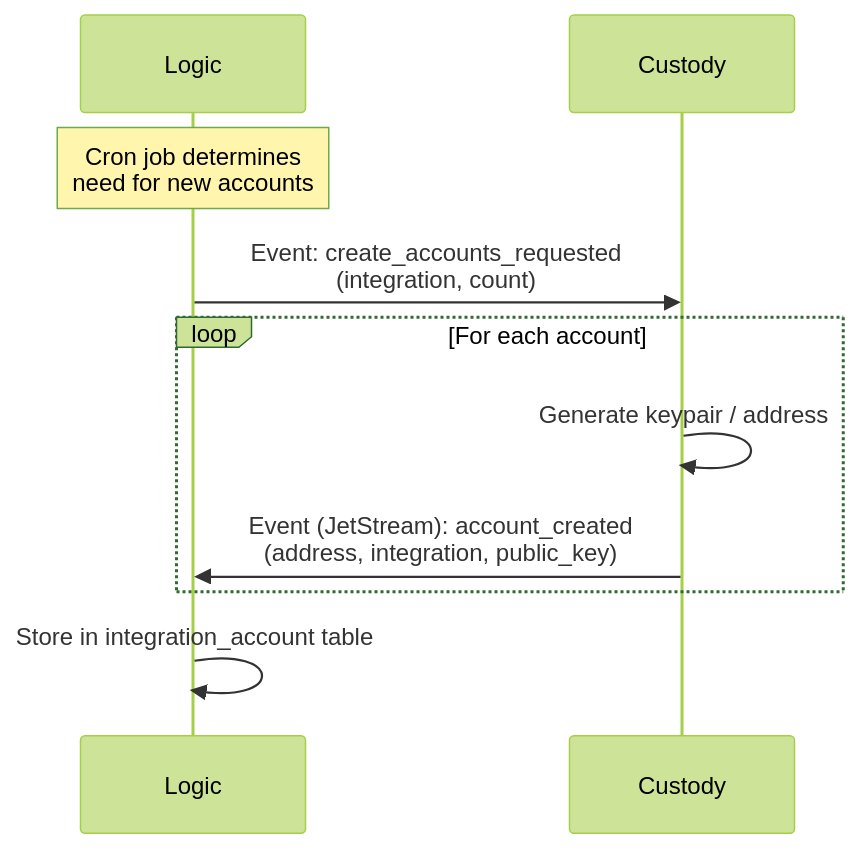
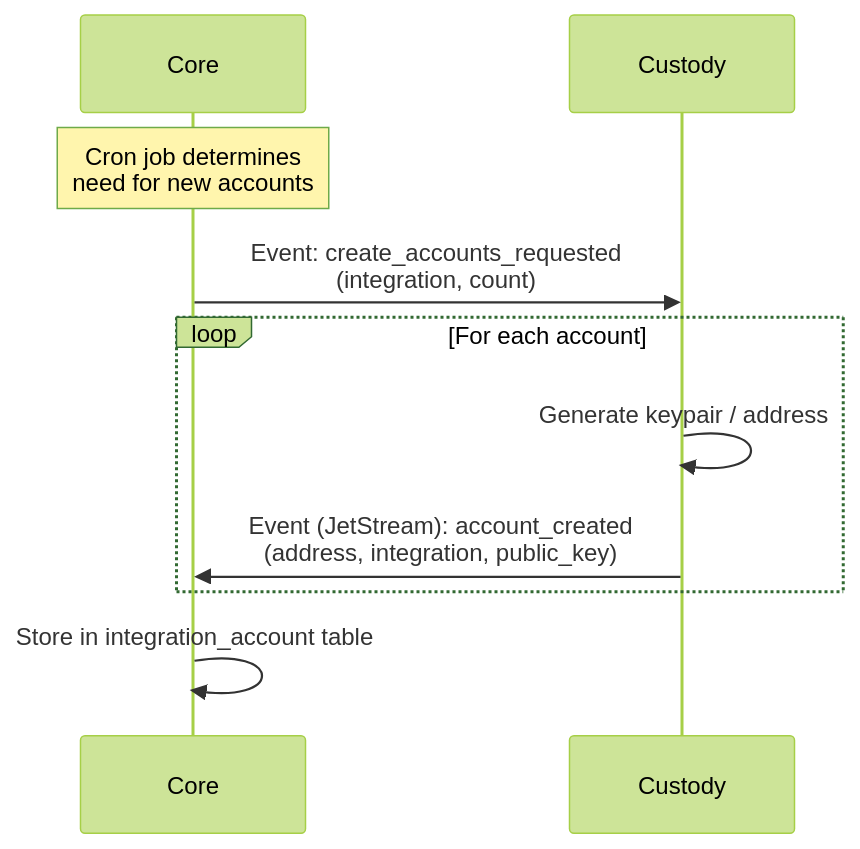
Before and after one commit to AndreyShashlovDev/multi-rail-payments-processor: the first of 5 diagrams in README.md, drawn with Mermaid (forest theme). The commit also changed other lines of this file and 245 other files, not shown here.

Commit message:
refactor: rename Logic service to Core

````diff
--- a/README.md
+++ b/README.md
@@ -146,15 +146,15 @@
 ```mermaid
 sequenceDiagram
-    participant Logic
+    participant Core
     participant Custody
 
-    Note over Logic: Cron job determines<br/>need for new accounts
-    Logic->>Custody: Event: create_accounts_requested<br/>(integration, count)
+    Note over Core: Cron job determines<br/>need for new accounts
+    Core->>Custody: Event: create_accounts_requested<br/>(integration, count)
 
     loop For each account
         Custody->>Custody: Generate keypair / address
-        Custody->>Logic: Event (JetStream): account_created<br/>(address, integration, public_key)
+        Custody->>Core: Event (JetStream): account_created<br/>(address, integration, public_key)
     end
 
-    Logic->>Logic: Store in integration_account table
+    Core->>Core: Store in integration_account table
 ```
````
